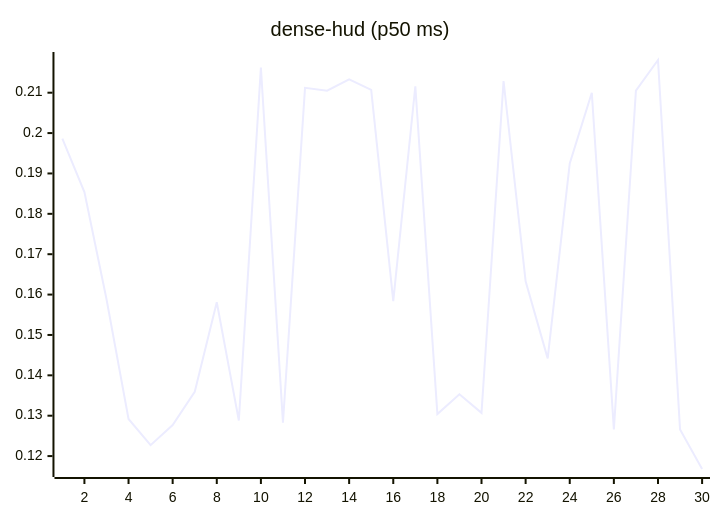
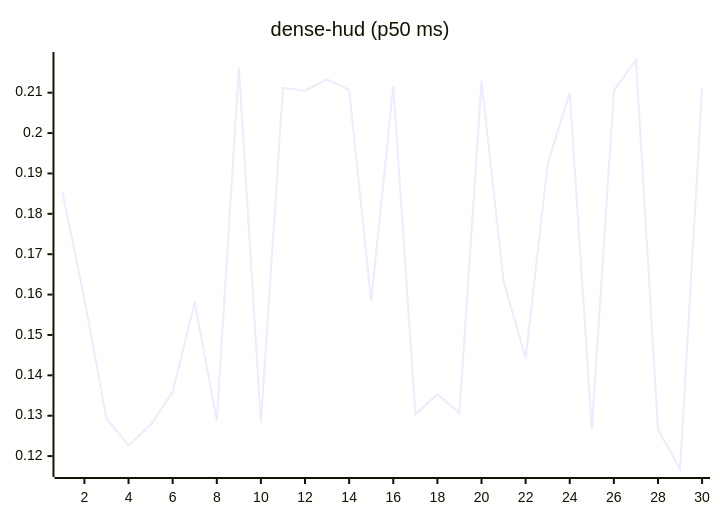
The eighth of 27 diagrams in README.md (josha/Facet), drawn with Mermaid before and after one commit. The commit also changed other lines of this file and 2 other files, not shown here.

````diff
--- a/README.md
+++ b/README.md
@@ -112,6 +112,6 @@
 ```mermaid
 xychart-beta
     title "dense-hud (p50 ms)"
     x-axis 1 --> 30
-    line [0.1986, 0.1854, 0.1589, 0.1292, 0.1227, 0.1277, 0.1359, 0.1581, 0.1288, 0.2162, 0.1283, 0.2112, 0.2105, 0.2133, 0.2107, 0.1584, 0.2116, 0.1304, 0.1353, 0.1307, 0.2129, 0.1633, 0.1442, 0.1925, 0.2100, 0.1266, 0.2105, 0.2181, 0.1266, 0.1168]
+    line [0.1854, 0.1589, 0.1292, 0.1227, 0.1277, 0.1359, 0.1581, 0.1288, 0.2162, 0.1283, 0.2112, 0.2105, 0.2133, 0.2107, 0.1584, 0.2116, 0.1304, 0.1353, 0.1307, 0.2129, 0.1633, 0.1442, 0.1925, 0.2100, 0.1266, 0.2105, 0.2181, 0.1266, 0.1168, 0.2113]
 ```
````
